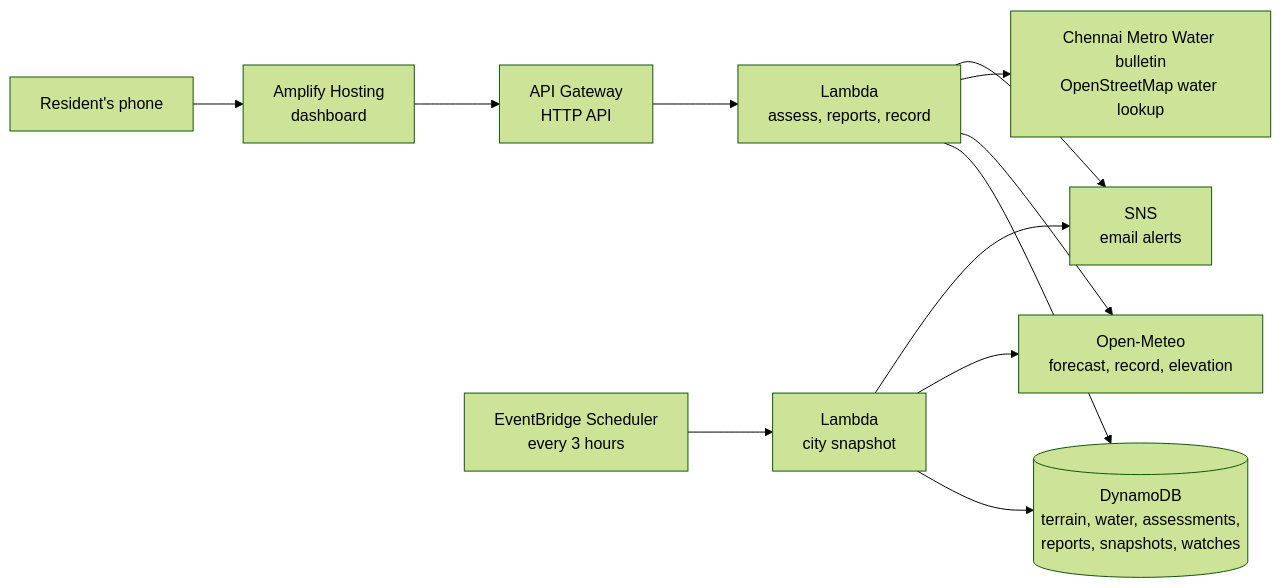
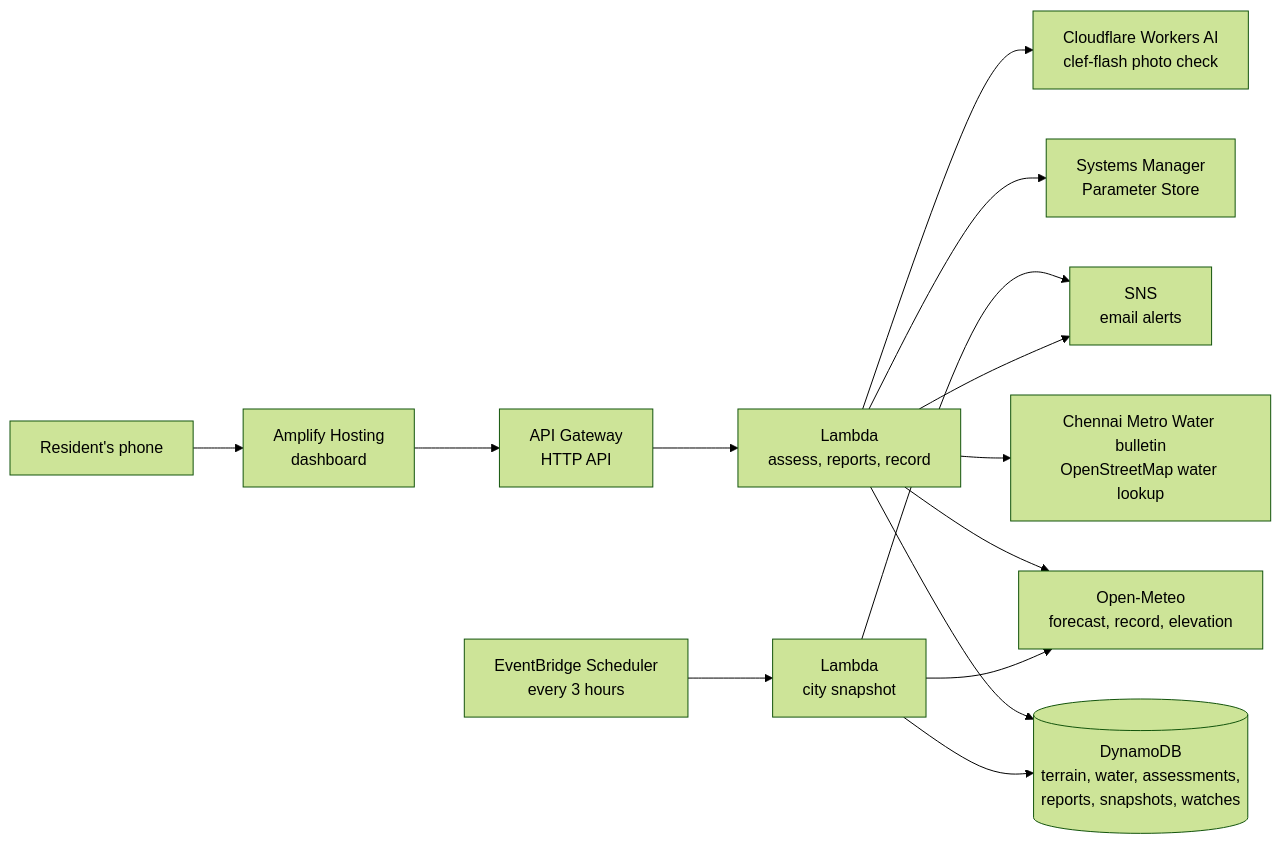
Before and after one commit to gowtham472/vellam: the diagram in README.md, drawn with Mermaid (forest theme). The commit also changed other lines of this file and 13 other files, not shown here.

First line of the commit message:
feat: check a report's photo with a decision model

````diff
--- a/README.md
+++ b/README.md
@@ -163,14 +176,16 @@
 ```mermaid
 flowchart LR
   R[Resident's phone] --> A[Amplify Hosting<br/>dashboard]
   A --> G[API Gateway<br/>HTTP API]
   G --> L[Lambda<br/>assess, reports, record]
   L --> D[(DynamoDB<br/>terrain, water, assessments,<br/>reports, snapshots, watches)]
   L --> O[Open-Meteo<br/>forecast, record, elevation]
   L --> W[Chennai Metro Water bulletin<br/>OpenStreetMap water lookup]
+  L --> P[Systems Manager<br/>Parameter Store]
+  L --> C[Cloudflare Workers AI<br/>clef-flash photo check]
   S[EventBridge Scheduler<br/>every 3 hours] --> N[Lambda<br/>city snapshot]
   N --> D
   N --> O
   N --> T[SNS<br/>email alerts]
   L --> T
 ```
````
